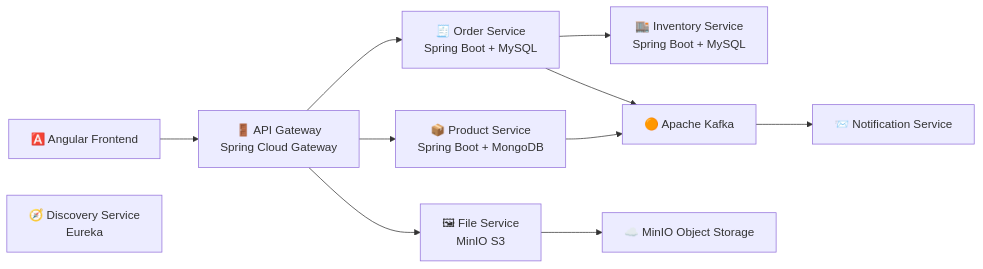
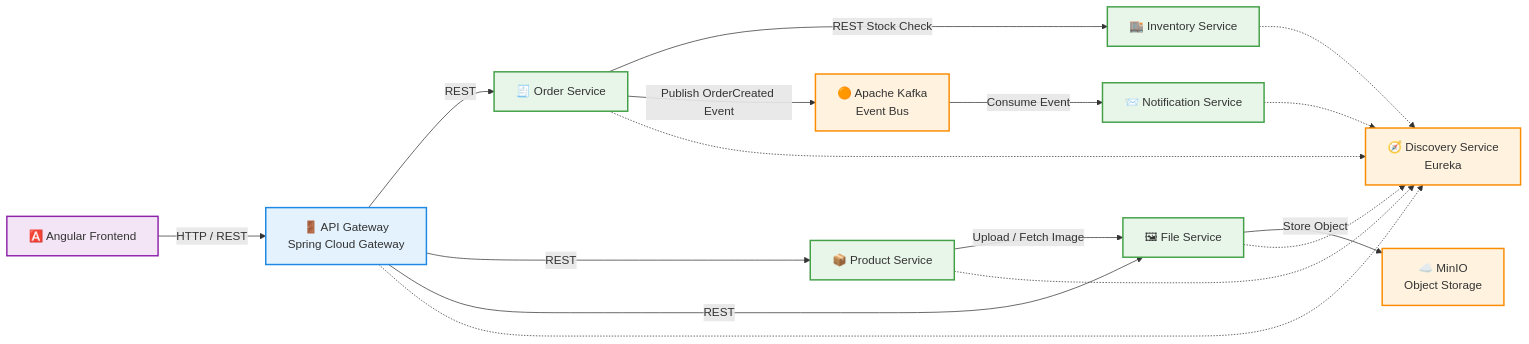
The first of 3 diagrams in README.md (Andrij72/MicroServiceGrid), drawn with Mermaid before and after one commit. The commit also changed other lines of this file and 1 other file, not shown here.

Commit message:
docs: add complete project documentation and architecture diagrams

````diff
--- a/README.md
+++ b/README.md
@@ -72,32 +72,57 @@
 ```mermaid
 flowchart LR
 
+%% ===== CLIENT =====
 Client["🅰️ Angular Frontend"]
 
+%% ===== API LAYER =====
 Gateway["🚪 API Gateway<br>Spring Cloud Gateway"]
 
+%% ===== DISCOVERY =====
 Discovery["🧭 Discovery Service<br>Eureka"]
 
-Order["🧾 Order Service<br>Spring Boot + MySQL"]
-Product["📦 Product Service<br>Spring Boot + MongoDB"]
-Inventory["🏬 Inventory Service<br>Spring Boot + MySQL"]
+%% ===== MICROSERVICES =====
+Order["🧾 Order Service"]
+Product["📦 Product Service"]
+Inventory["🏬 Inventory Service"]
 Notification["📨 Notification Service"]
-File["🖼 File Service<br>MinIO S3"]
+File["🖼 File Service"]
 
-Kafka["🟠 Apache Kafka"]
-Minio["☁️ MinIO Object Storage"]
+%% ===== INFRASTRUCTURE =====
+Kafka["🟠 Apache Kafka<br>Event Bus"]
+Minio["☁️ MinIO<br>Object Storage"]
 
-Client --> Gateway
+%% ===== REQUEST FLOW =====
+Client -->|HTTP / REST| Gateway
 
-Gateway --> Order
-Gateway --> Product
-Gateway --> File
+Gateway -->|REST| Order
+Gateway -->|REST| Product
+Gateway -->|REST| File
 
-Order --> Inventory
-Order --> Kafka
-Product --> Kafka
+%% ===== SERVICE COMMUNICATION =====
+Order -->|REST Stock Check| Inventory
+Order -->|Publish OrderCreated Event| Kafka
+Kafka -->|Consume Event| Notification
 
-Kafka --> Notification
+Product -->|Upload / Fetch Image| File
+File -->|Store Object| Minio
 
-File --> Minio
+%% ===== DISCOVERY =====
+Order -.-> Discovery
+Product -.-> Discovery
+Inventory -.-> Discovery
+Notification -.-> Discovery
+File -.-> Discovery
+Gateway -.-> Discovery
+
+%% ===== STYLES =====
+classDef gateway fill:#E3F2FD,stroke:#1E88E5,stroke-width:2px;
+classDef service fill:#E8F5E9,stroke:#43A047,stroke-width:2px;
+classDef infra fill:#FFF3E0,stroke:#FB8C00,stroke-width:2px;
+classDef client fill:#F3E5F5,stroke:#8E24AA,stroke-width:2px;
+
+class Client client
+class Gateway gateway
+class Order,Product,Inventory,Notification,File service
+class Kafka,Minio,Discovery infra
 ```
````
